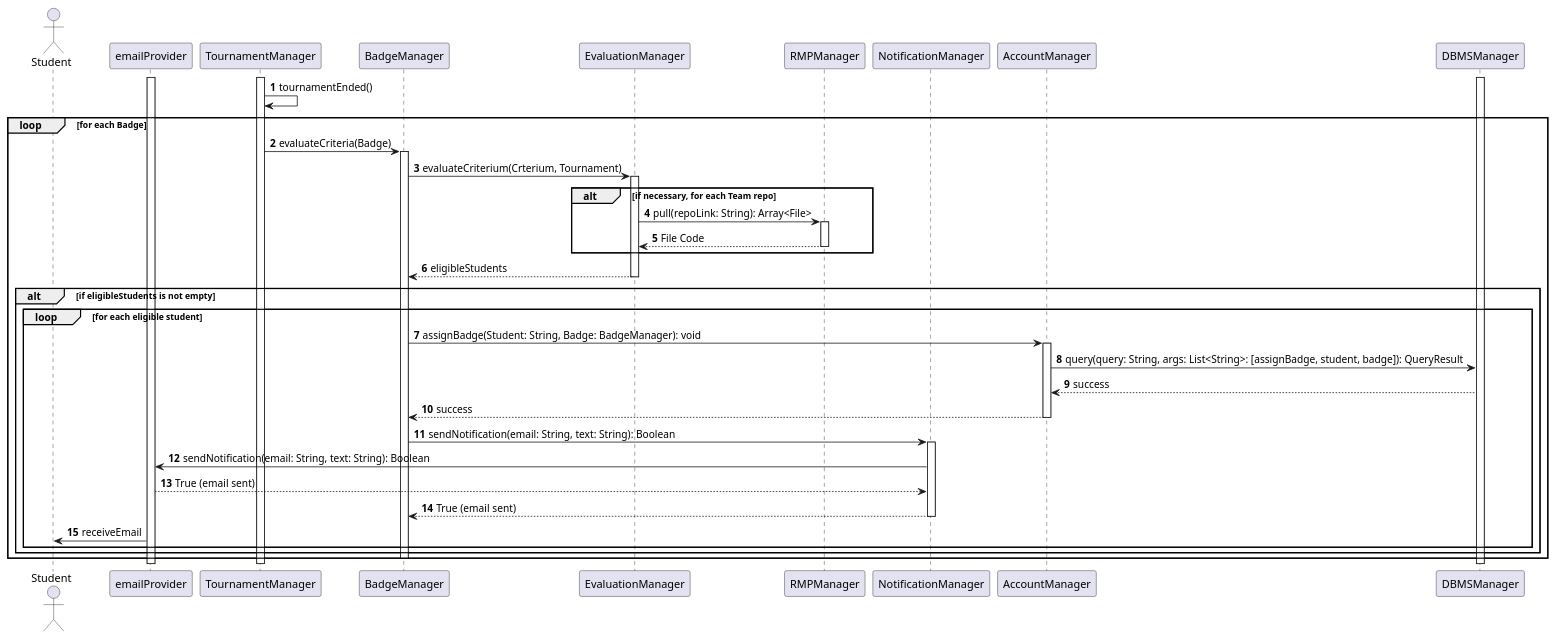
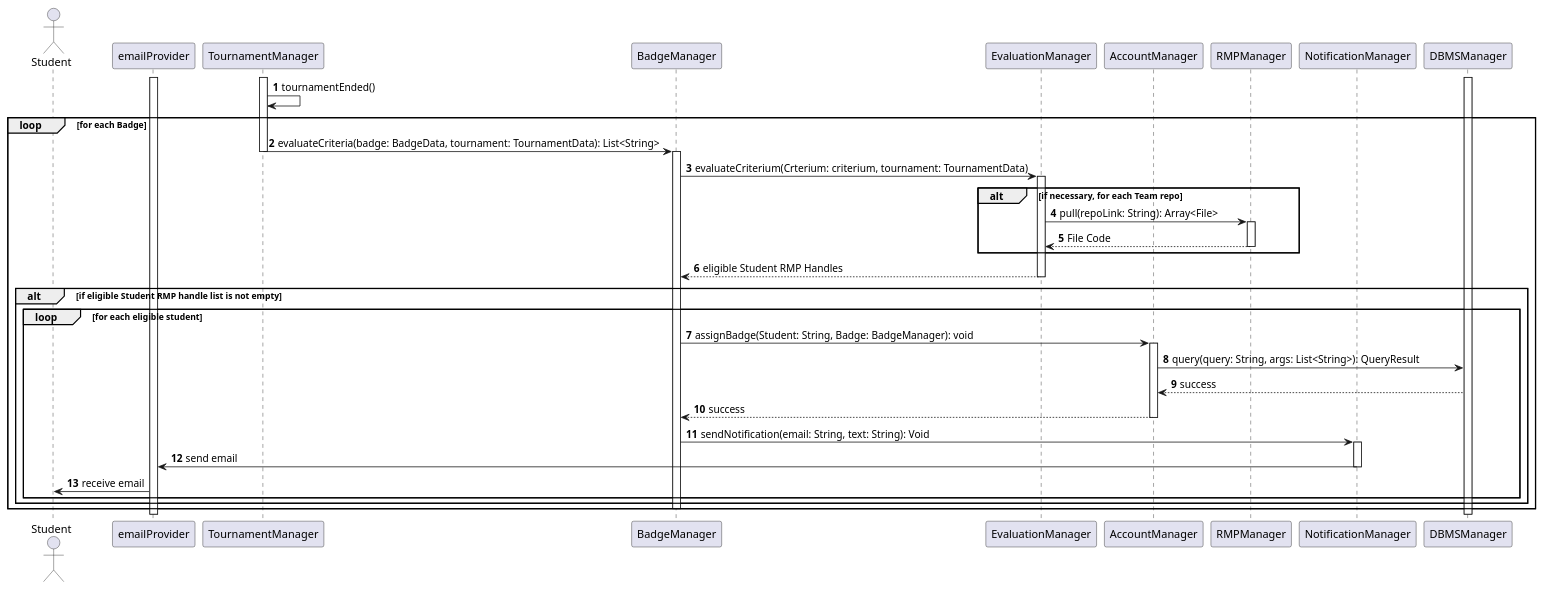
Before and after one commit to Angelo7672/SE2_Requirement-and-Design-Document: the diagram in _DD/Images/sequenceDiagrams/assignABadge.wsd, drawn with PlantUML. The commit also changed 3 other files, not shown here.

```diff
--- a/_DD/Images/sequenceDiagrams/assignABadge.wsd
+++ b/_DD/Images/sequenceDiagrams/assignABadge.wsd
@@ -1,55 +1,57 @@
 @startuml
 
 autonumber
 
 actor Student as U
 participant emailProvider as EP
 participant TournamentManager as TM
 participant BadgeManager as BM
 participant EvaluationManager as EM
+
+participant AccountManager as AM
+
+
 participant RMPManager as RMP
 participant NotificationManager as NM
-participant AccountManager as AM
 participant DBMSManager as DB
 
 activate DB
 activate TM
 activate EP
 TM -> TM: tournamentEnded()
 loop for each Badge
-    TM -> BM: evaluateCriteria(Badge)
+    TM -> BM: evaluateCriteria(badge: BadgeData, tournament: TournamentData): List<String>
+    deactivate TM
     activate BM
-    BM -> EM: evaluateCriterium(Crterium, Tournament)
+    BM -> EM: evaluateCriterium(Crterium: criterium, tournament: TournamentData)
     activate EM
     alt if necessary, for each Team repo
         EM -> RMP: pull(repoLink: String): Array<File>
         activate RMP
         RMP --> EM: File Code
         deactivate RMP
     end
-    EM --> BM: eligibleStudents
+    EM --> BM: eligible Student RMP Handles
     deactivate EM
-    alt if eligibleStudents is not empty
+    alt if eligible Student RMP handle list is not empty
         loop for each eligible student
             BM -> AM: assignBadge(Student: String, Badge: BadgeManager): void
             activate AM
-            AM -> DB: query(query: String, args: List<String>: [assignBadge, student, badge]): QueryResult
+            AM -> DB: query(query: String, args: List<String>): QueryResult
             DB --> AM: success
             AM --> BM: success
             deactivate AM
-            BM -> NM: sendNotification(email: String, text: String): Boolean
+            BM -> NM: sendNotification(email: String, text: String): Void
             activate NM
-            NM -> EP: sendNotification(email: String, text: String): Boolean
-            EP-->NM: True (email sent)
-            NM-->BM: True (email sent)
+            NM -> EP: send email
             deactivate NM
-            EP -> U: receiveEmail
+            EP -> U: receive email
         end
     end
     deactivate BM
 end
 deactivate TM
 deactivate DB
 deactivate EP
 
 @enduml
```
